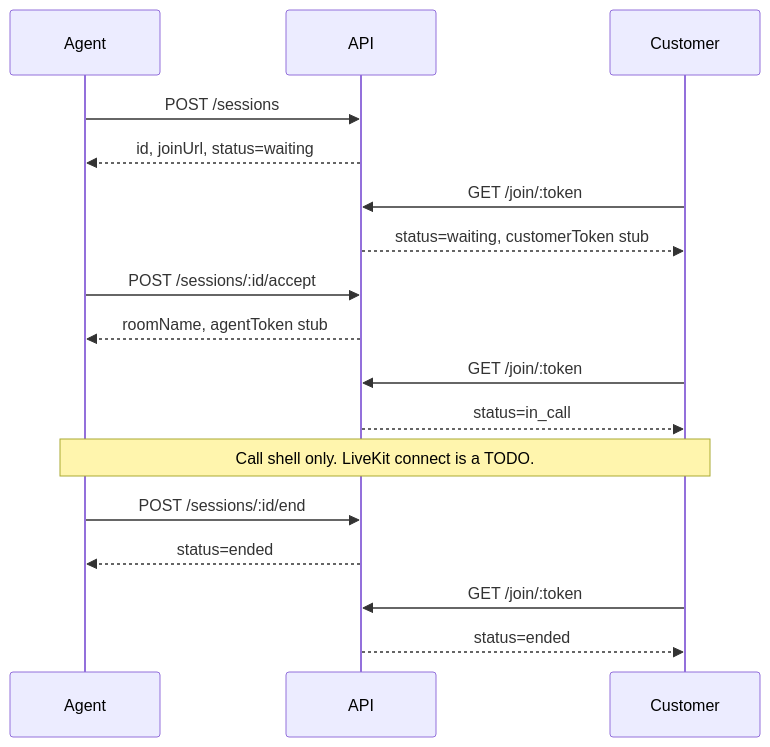
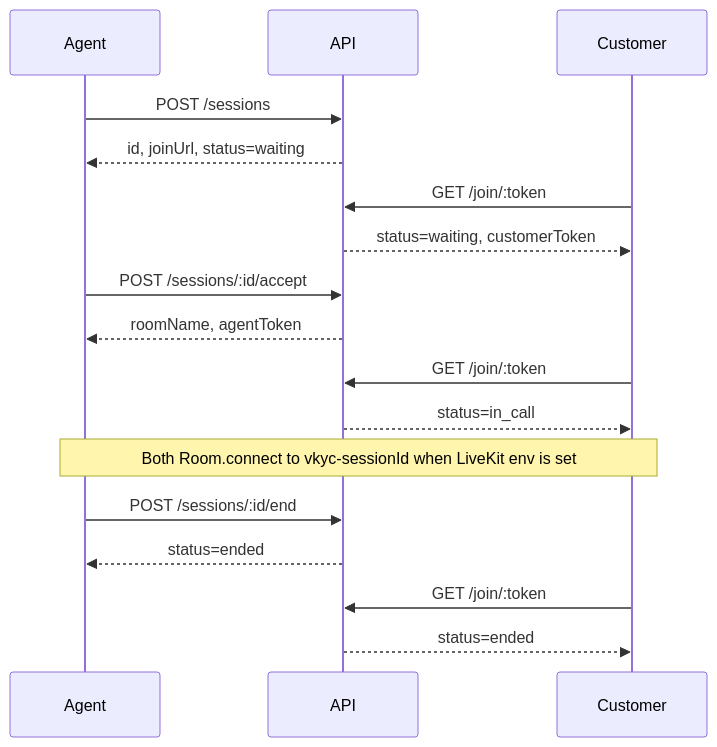
One commit to romin991/video-kyc-poc changed the diagram in README.md. Above: the diagram before and after it, drawn with Mermaid. The commit also changed other lines of this file and 14 other files, not shown here.

First line of the commit message:
Connect call shells to LiveKit (Cloud + publishTrack)

````diff
--- a/README.md
+++ b/README.md
@@ -67,19 +99,19 @@
 ```mermaid
 sequenceDiagram
   participant Agent
   participant API
   participant Customer
   Agent->>API: POST /sessions
   API-->>Agent: id, joinUrl, status=waiting
   Customer->>API: GET /join/:token
-  API-->>Customer: status=waiting, customerToken stub
+  API-->>Customer: status=waiting, customerToken
   Agent->>API: POST /sessions/:id/accept
-  API-->>Agent: roomName, agentToken stub
+  API-->>Agent: roomName, agentToken
   Customer->>API: GET /join/:token
   API-->>Customer: status=in_call
-  Note over Agent,Customer: Call shell only. LiveKit connect is a TODO.
+  Note over Agent,Customer: Both Room.connect to vkyc-sessionId when LiveKit env is set
   Agent->>API: POST /sessions/:id/end
   API-->>Agent: status=ended
   Customer->>API: GET /join/:token
   API-->>Customer: status=ended
 ```
````
